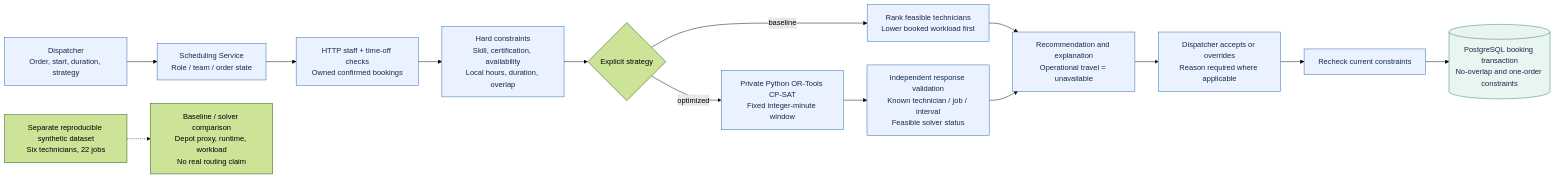
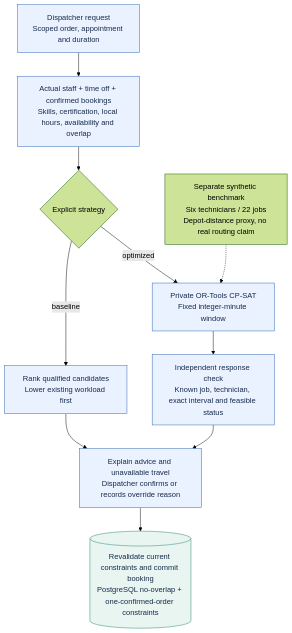
The diagram in docs/presentation/diagrams/12-scheduling-optimization.mmd (tousif-anwar/fieldops3600), drawn with Mermaid (forest theme) before and after one commit. The commit also changed other lines of this file and 106 other files, not shown here.

```diff
--- a/docs/presentation/diagrams/12-scheduling-optimization.mmd
+++ b/docs/presentation/diagrams/12-scheduling-optimization.mmd
@@ -1,19 +1,16 @@
-%% Operational advice is one fixed appointment; synthetic batch evaluation is separate.
-flowchart LR
-  Request["Dispatcher<br/>Order, start, duration, strategy"] --> Scope["Scheduling Service<br/>Role / team / order state"]
-  Scope --> Inputs["HTTP staff + time-off checks<br/>Owned confirmed bookings"]
-  Inputs --> Hard["Hard constraints<br/>Skill, certification, availability<br/>Local hours, duration, overlap"]
-  Hard --> Choice{"Explicit strategy"}
-  Choice -->|"baseline"| Rank["Rank feasible technicians<br/>Lower booked workload first"]
-  Choice -->|"optimized"| Solver["Private Python OR-Tools CP-SAT<br/>Fixed integer-minute window"]
-  Solver --> Verify["Independent response validation<br/>Known technician / job / interval<br/>Feasible solver status"]
-  Rank --> Advice["Recommendation and explanation<br/>Operational travel = unavailable"]
-  Verify --> Advice
-  Advice --> Human["Dispatcher accepts or overrides<br/>Reason required where applicable"]
-  Human --> Recheck["Recheck current constraints"]
-  Recheck --> Commit[("PostgreSQL booking transaction<br/>No-overlap and one-order constraints")]
-  Dataset["Separate reproducible synthetic dataset<br/>Six technicians, 22 jobs"] -.-> Evaluation["Baseline / solver comparison<br/>Depot proxy, runtime, workload<br/>No real routing claim"]
+%% One actual fixed appointment. Synthetic batch benchmarking remains separate.
+flowchart TB
+  Request["Dispatcher request<br/>Scoped order, appointment and duration"] --> Inputs["Actual staff + time off + confirmed bookings<br/>Skills, certification, local hours, availability and overlap"]
+  Inputs --> Strategy{"Explicit strategy"}
+  Strategy -->|"baseline"| Baseline["Rank qualified candidates<br/>Lower existing workload first"]
+  Strategy -->|"optimized"| Solver["Private OR-Tools CP-SAT<br/>Fixed integer-minute window"]
+  Solver --> Verify["Independent response check<br/>Known job, technician, exact interval and feasible status"]
+  Baseline --> Advice
+  Verify --> Advice["Explain advice and unavailable travel<br/>Dispatcher confirms or records override reason"]
+  Advice --> Commit[("Revalidate current constraints and commit booking<br/>PostgreSQL no-overlap + one-confirmed-order constraints")]
+  Benchmark["Separate synthetic benchmark<br/>Six technicians / 22 jobs<br/>Depot-distance proxy, no real routing claim"]
+  Benchmark -.-> Solver
   classDef app fill:#EAF2FF,stroke:#2862B4,color:#172B4D
   classDef data fill:#E8F5F1,stroke:#27836B,color:#172B4D
-  class Request,Scope,Inputs,Hard,Rank,Solver,Verify,Advice,Human,Recheck app
+  class Request,Inputs,Baseline,Solver,Verify,Advice app
   class Commit data
```
